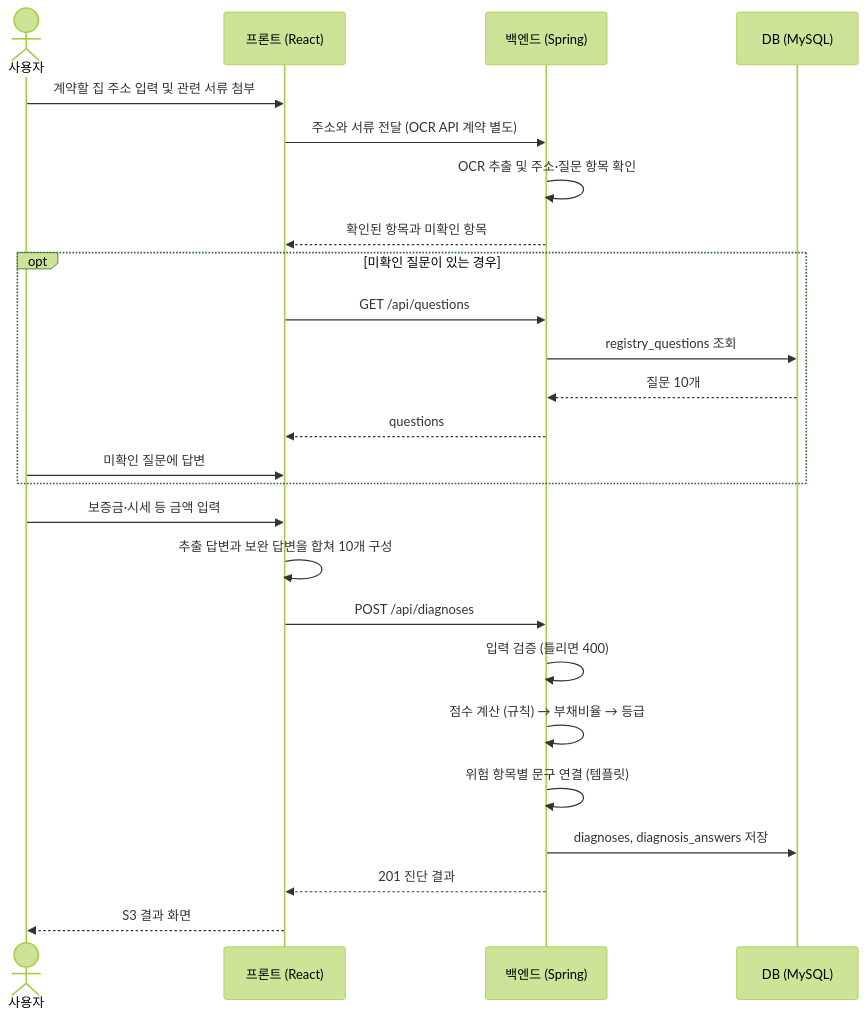
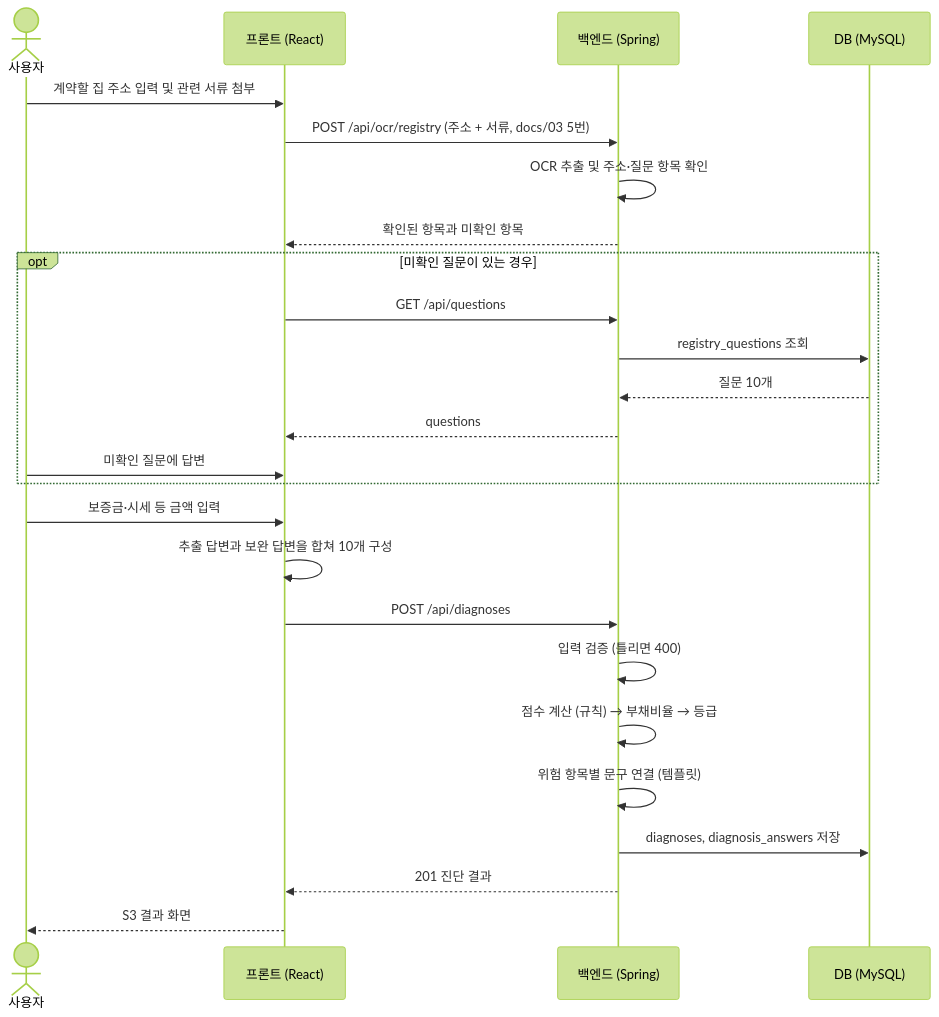
One commit to LGCNS-HackerTon/BackEnd changed the second of 3 diagrams in docs/06-service-flow.md. Above: the diagram before and after it, drawn with Mermaid (forest theme). The commit also changed other lines of this file and 6 other files, not shown here.

````diff
--- a/docs/06-service-flow.md
+++ b/docs/06-service-flow.md
@@ -102,28 +102,28 @@
 ```mermaid
 sequenceDiagram
     actor U as 사용자
     participant FE as 프론트 (React)
     participant BE as 백엔드 (Spring)
     participant DB as DB (MySQL)
 
     U->>FE: 계약할 집 주소 입력 및 관련 서류 첨부
-    FE->>BE: 주소와 서류 전달 (OCR API 계약 별도)
+    FE->>BE: POST /api/ocr/registry (주소 + 서류, docs/03 5번)
     BE->>BE: OCR 추출 및 주소·질문 항목 확인
     BE-->>FE: 확인된 항목과 미확인 항목
     opt 미확인 질문이 있는 경우
         FE->>BE: GET /api/questions
         BE->>DB: registry_questions 조회
         DB-->>BE: 질문 10개
         BE-->>FE: questions
         U->>FE: 미확인 질문에 답변
     end
     U->>FE: 보증금·시세 등 금액 입력
     FE->>FE: 추출 답변과 보완 답변을 합쳐 10개 구성
     FE->>BE: POST /api/diagnoses
     BE->>BE: 입력 검증 (틀리면 400)
     BE->>BE: 점수 계산 (규칙) → 부채비율 → 등급
     BE->>BE: 위험 항목별 문구 연결 (템플릿)
     BE->>DB: diagnoses, diagnosis_answers 저장
     BE-->>FE: 201 진단 결과
     FE-->>U: S3 결과 화면
 ```
````
